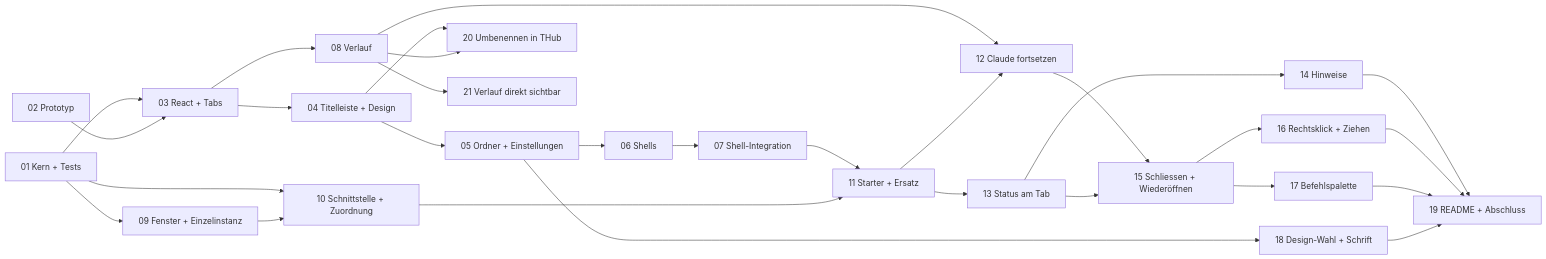
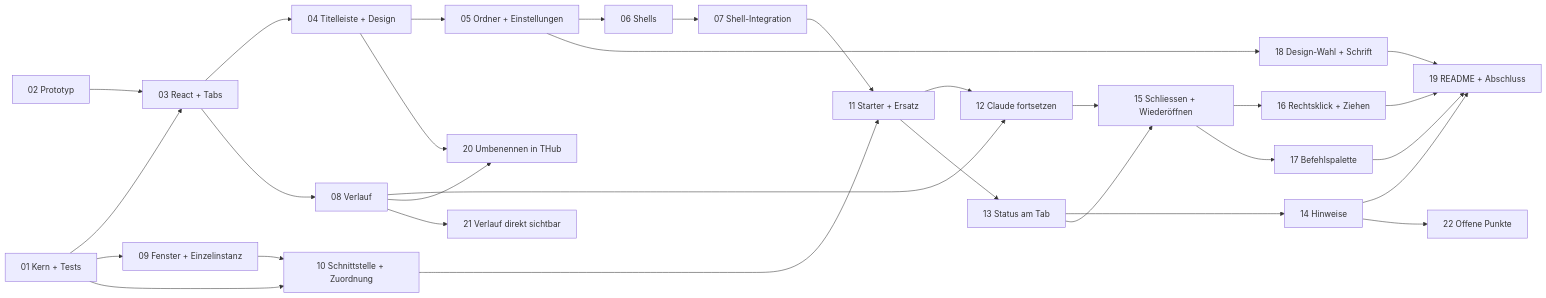
The diagram in docs/tickets/README.md (BonomoAlessandro/THub), drawn with Mermaid before and after one commit. The commit also changed other lines of this file and 5 other files, not shown here.

First line of the commit message:
Ticket 22: Offene Punkte aus Claudes Antworten als Hinweis; Stand 05 erledigt

````diff
--- a/docs/tickets/README.md
+++ b/docs/tickets/README.md
@@ -42,31 +43,32 @@
 ```mermaid
 flowchart LR
   T01[01 Kern + Tests] --> T03[03 React + Tabs]
   T02[02 Prototyp] --> T03
   T01 --> T09[09 Fenster + Einzelinstanz]
   T03 --> T04[04 Titelleiste + Design]
   T03 --> T08[08 Verlauf]
   T04 --> T05[05 Ordner + Einstellungen]
   T05 --> T06[06 Shells]
   T05 --> T18[18 Design-Wahl + Schrift]
   T06 --> T07[07 Shell-Integration]
   T01 --> T10[10 Schnittstelle + Zuordnung]
   T09 --> T10
   T07 --> T11[11 Starter + Ersatz]
   T10 --> T11
   T08 --> T12[12 Claude fortsetzen]
   T11 --> T12
   T11 --> T13[13 Status am Tab]
   T13 --> T14[14 Hinweise]
   T12 --> T15[15 Schliessen + Wiederöffnen]
   T13 --> T15
   T15 --> T16[16 Rechtsklick + Ziehen]
   T15 --> T17[17 Befehlspalette]
   T14 --> T19[19 README + Abschluss]
   T16 --> T19
   T17 --> T19
   T18 --> T19
   T04 --> T20[20 Umbenennen in THub]
   T08 --> T20
   T08 --> T21[21 Verlauf direkt sichtbar]
+  T14 --> T22[22 Offene Punkte]
 ```
````
